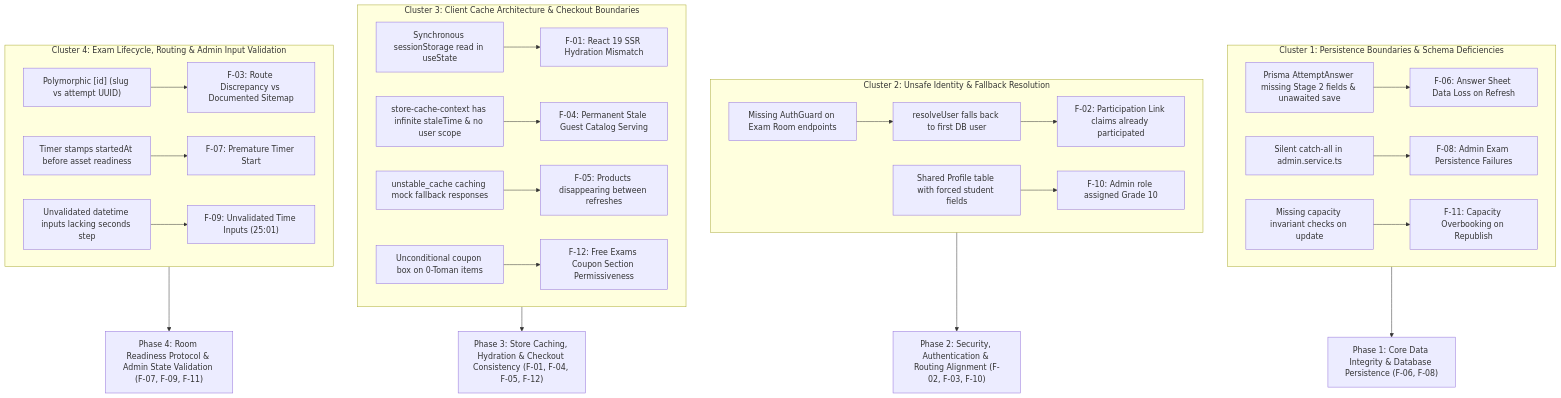
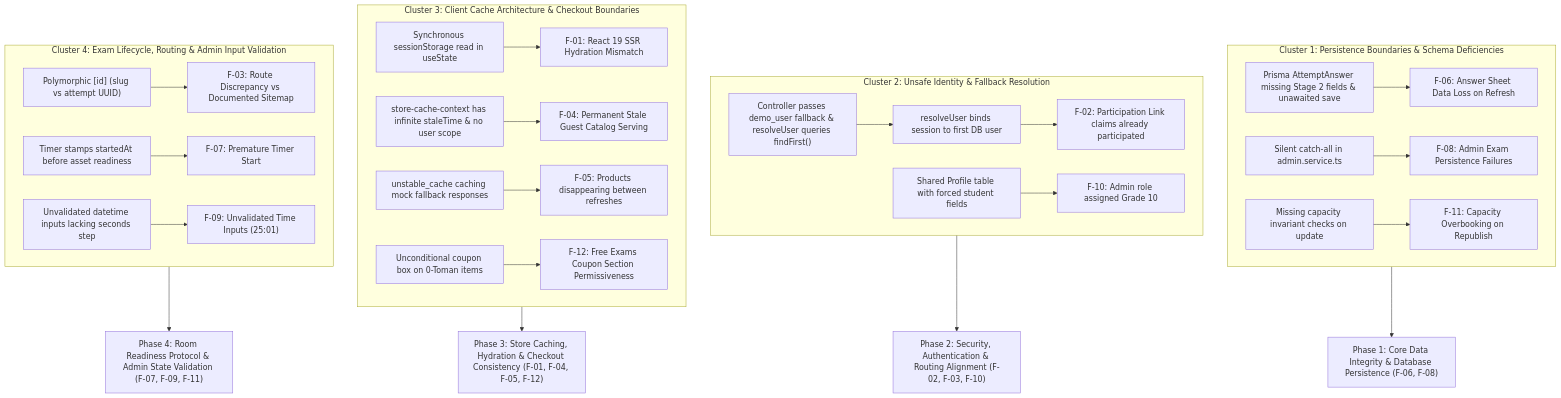
One commit to matindrg/Condorlab changed the first of 3 diagrams in plans.md. Above: the diagram before and after it, drawn with Mermaid. The commit also changed other lines of this file, not shown here.

````diff
--- a/plans.md
+++ b/plans.md
@@ -416,32 +420,32 @@
 ```mermaid
 flowchart TD
     subgraph Cluster1["Cluster 1: Persistence Boundaries & Schema Deficiencies"]
         C1A["Prisma AttemptAnswer missing Stage 2 fields & unawaited save"] --> F06["F-06: Answer Sheet Data Loss on Refresh"]
         C1B["Silent catch-all in admin.service.ts"] --> F08["F-08: Admin Exam Persistence Failures"]
         C1C["Missing capacity invariant checks on update"] --> F11["F-11: Capacity Overbooking on Republish"]
     end
 
     subgraph Cluster2["Cluster 2: Unsafe Identity & Fallback Resolution"]
-        C2A["Missing AuthGuard on Exam Room endpoints"] --> C2B["resolveUser falls back to first DB user"]
+        C2A["Controller passes demo_user fallback & resolveUser queries findFirst()"] --> C2B["resolveUser binds session to first DB user"]
         C2B --> F02["F-02: Participation Link claims already participated"]
         C2C["Shared Profile table with forced student fields"] --> F10["F-10: Admin role assigned Grade 10"]
     end
 
     subgraph Cluster3["Cluster 3: Client Cache Architecture & Checkout Boundaries"]
         C3A["Synchronous sessionStorage read in useState"] --> F01["F-01: React 19 SSR Hydration Mismatch"]
         C3B["store-cache-context has infinite staleTime & no user scope"] --> F04["F-04: Permanent Stale Guest Catalog Serving"]
         C3C["unstable_cache caching mock fallback responses"] --> F05["F-05: Products disappearing between refreshes"]
         C3D["Unconditional coupon box on 0-Toman items"] --> F12["F-12: Free Exams Coupon Section Permissiveness"]
     end
 
     subgraph Cluster4["Cluster 4: Exam Lifecycle, Routing & Admin Input Validation"]
         C4A["Polymorphic [id] (slug vs attempt UUID)"] --> F03["F-03: Route Discrepancy vs Documented Sitemap"]
         C4B["Timer stamps startedAt before asset readiness"] --> F07["F-07: Premature Timer Start"]
         C4C["Unvalidated datetime inputs lacking seconds step"] --> F09["F-09: Unvalidated Time Inputs (25:01)"]
     end
 
     Cluster1 --> RemediationPhase1["Phase 1: Core Data Integrity & Database Persistence (F-06, F-08)"]
     Cluster2 --> RemediationPhase2["Phase 2: Security, Authentication & Routing Alignment (F-02, F-03, F-10)"]
     Cluster3 --> RemediationPhase3["Phase 3: Store Caching, Hydration & Checkout Consistency (F-01, F-04, F-05, F-12)"]
     Cluster4 --> RemediationPhase4["Phase 4: Room Readiness Protocol & Admin State Validation (F-07, F-09, F-11)"]
 ```
````
